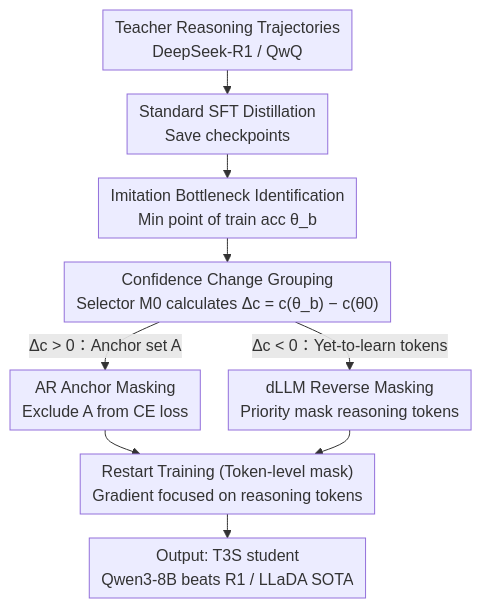
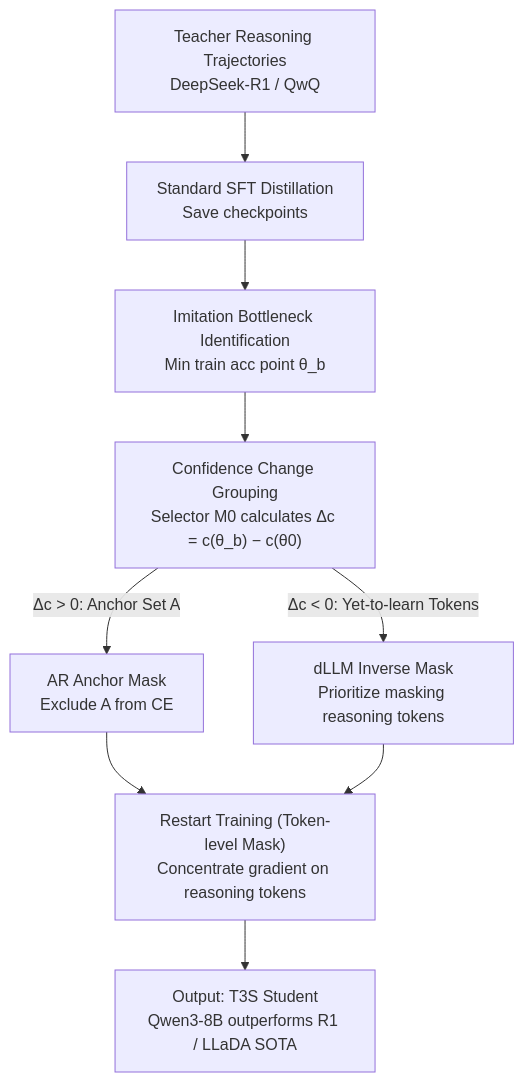
The diagram in docs/ICML2026/model_compression/training-trajectory-aware_token_selection.md (zhaoyang97/Paper-Notes-en), drawn with Mermaid before and after one commit. The commit also changed other lines of this file and 5084 other files, not shown here.

````diff
--- a/docs/ICML2026/model_compression/training-trajectory-aware_token_selection.md
+++ b/docs/ICML2026/model_compression/training-trajectory-aware_token_selection.md
@@ -46,12 +46,11 @@
 ```mermaid
-%%{init: {'flowchart': {'rankSpacing': 24, 'nodeSpacing': 28, 'padding': 6, 'wrappingWidth': 400}}}%%
-flowchart TD
+graph TD
     A["Teacher Reasoning Trajectories<br/>DeepSeek-R1 / QwQ"] --> B["Standard SFT Distillation<br/>Save checkpoints"]
-    B --> C["Imitation Bottleneck Identification<br/>Min point of train acc θ_b"]
+    B --> C["Imitation Bottleneck Identification<br/>Min train acc point θ_b"]
     C --> D["Confidence Change Grouping<br/>Selector M0 calculates Δc = c(θ_b) − c(θ0)"]
-    D -->|"Δc &gt; 0：Anchor set A"| E1["AR Anchor Masking<br/>Exclude A from CE loss"]
-    D -->|"Δc &lt; 0：Yet-to-learn tokens"| E2["dLLM Reverse Masking<br/>Priority mask reasoning tokens"]
-    E1 --> F["Restart Training (Token-level mask)<br/>Gradient focused on reasoning tokens"]
+    D -->|"Δc > 0: Anchor Set A"| E1["AR Anchor Mask<br/>Exclude A from CE"]
+    D -->|"Δc < 0: Yet-to-learn Tokens"| E2["dLLM Inverse Mask<br/>Prioritize masking reasoning tokens"]
+    E1 --> F["Restart Training (Token-level Mask)<br/>Concentrate gradient on reasoning tokens"]
     E2 --> F
-    F --> G["Output: T3S student<br/>Qwen3-8B beats R1 / LLaDA SOTA"]
+    F --> G["Output: T3S Student<br/>Qwen3-8B outperforms R1 / LLaDA SOTA"]
 ```
````
